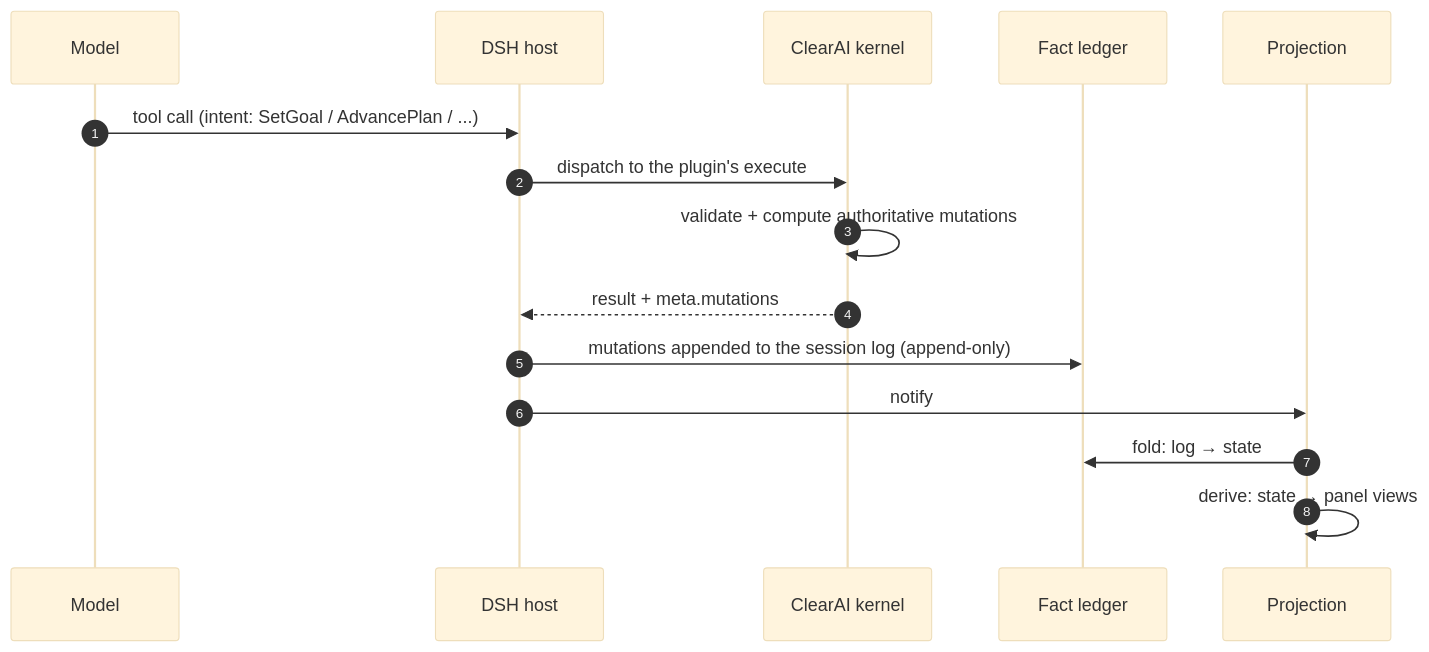
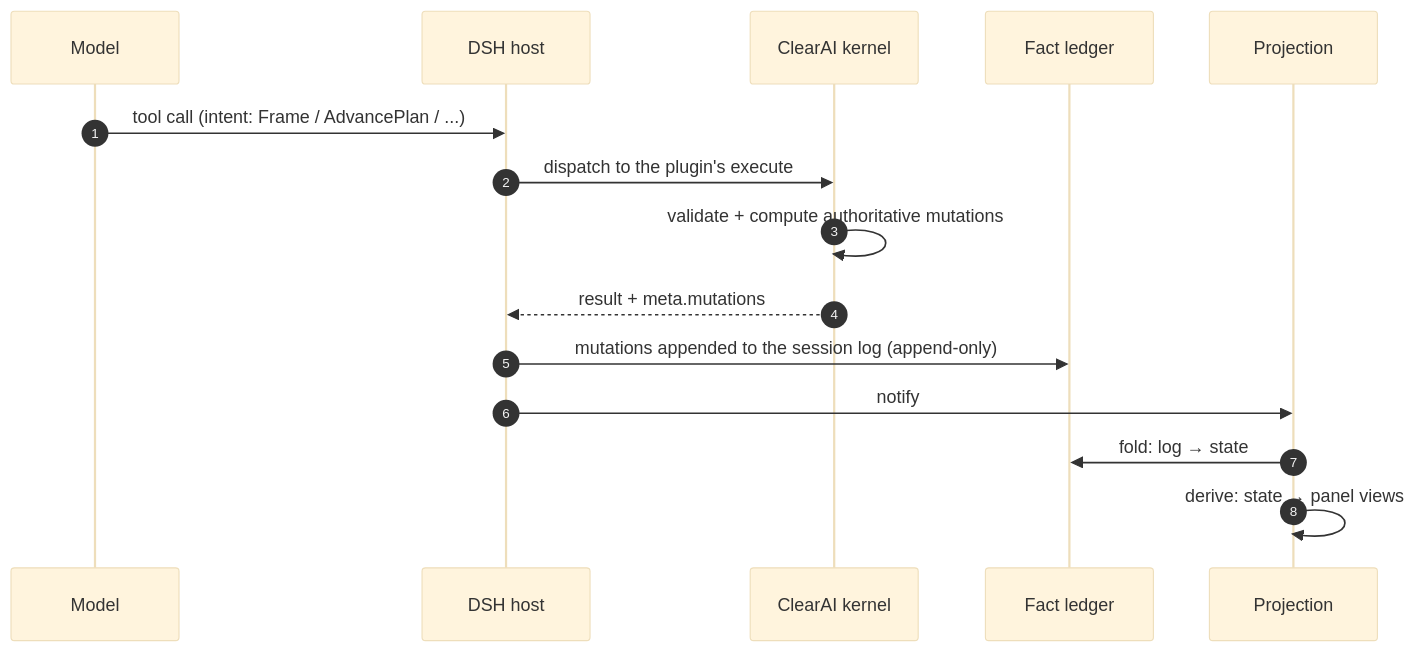
Before and after one commit to Clearailhc/clearai-dsh: the first of 8 diagrams in docs/optimization/timing-diagrams.md, drawn with Mermaid (base theme). The commit also changed other lines of this file and 42 other files, not shown here.

````diff
--- a/docs/optimization/timing-diagrams.md
+++ b/docs/optimization/timing-diagrams.md
@@ -26,18 +26,18 @@
 ```mermaid
 sequenceDiagram
     autonumber
     participant M as Model
     participant D as DSH host
     participant K as ClearAI kernel
     participant L as Fact ledger
     participant P as Projection
 
-    M->>D: tool call (intent: SetGoal / AdvancePlan / ...)
+    M->>D: tool call (intent: Frame / AdvancePlan / ...)
     D->>K: dispatch to the plugin's execute
     K->>K: validate + compute authoritative mutations
     K-->>D: result + meta.mutations
     D->>L: mutations appended to the session log (append-only)
     D->>P: notify
     P->>L: fold: log → state
     P->>P: derive: state → panel views
 ```
````
